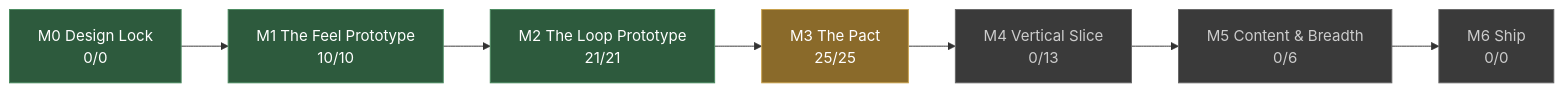
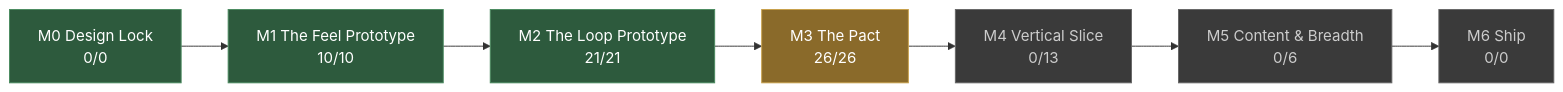
Before and after one commit to JoshuaGessner/she: the diagram in docs/STATUS.md, drawn with Mermaid. The commit also changed other lines of this file and 6 other files, not shown here.

````diff
--- a/docs/STATUS.md
+++ b/docs/STATUS.md
@@ -13,19 +13,19 @@
 ```mermaid
 flowchart LR
   M0["M0 Design Lock<br/>0/0"]:::passed
   M1["M1 The Feel Prototype<br/>10/10"]:::passed
   M0 --> M1
   M2["M2 The Loop Prototype<br/>21/21"]:::passed
   M1 --> M2
-  M3["M3 The Pact<br/>25/25"]:::current
+  M3["M3 The Pact<br/>26/26"]:::current
   M2 --> M3
   M4["M4 Vertical Slice<br/>0/13"]:::ahead
   M3 --> M4
   M5["M5 Content & Breadth<br/>0/6"]:::ahead
   M4 --> M5
   M6["M6 Ship<br/>0/0"]:::ahead
   M5 --> M6
   classDef passed fill:#2d5a3d,stroke:#4a8a5f,color:#fff
   classDef current fill:#8a6a2a,stroke:#c8a04a,color:#fff
   classDef ahead fill:#3a3a3a,stroke:#666,color:#ccc
 ```
````
